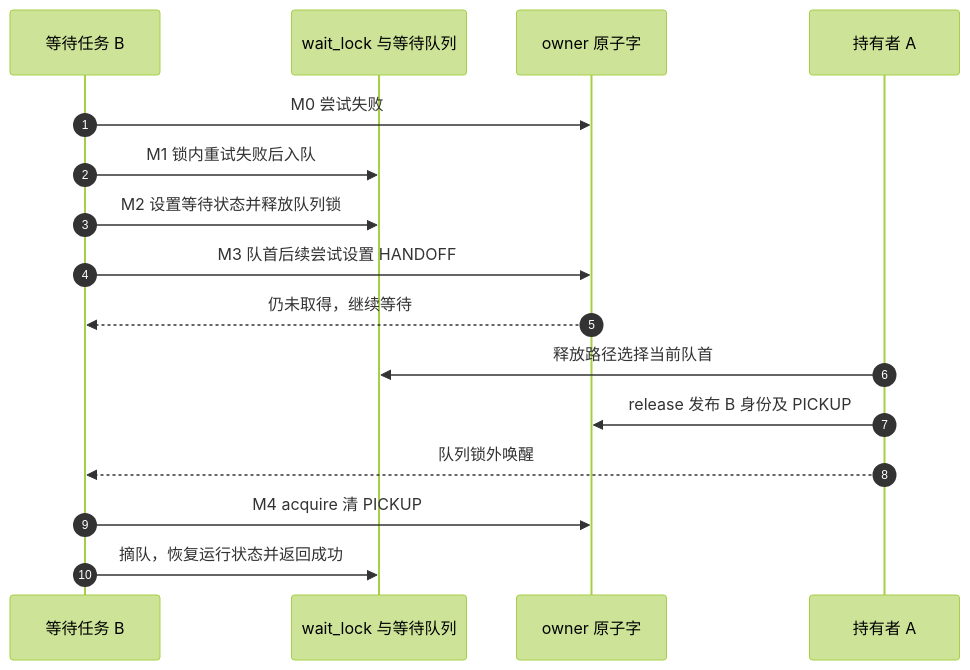
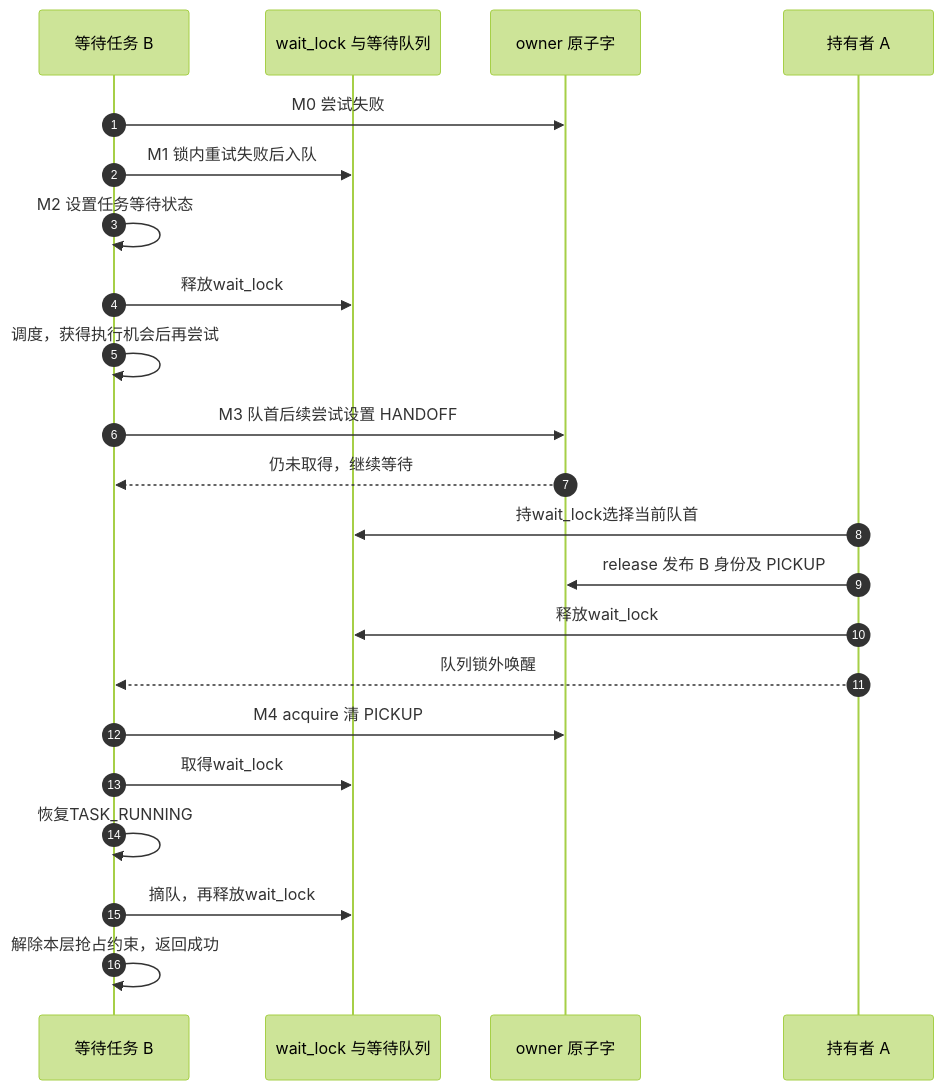
Before and after one commit to FormingSystem/linux_note: the second of 3 diagrams in research/source_reading/locking/navigation/P03_Linux_6.12_mutex与rwsem模块源码概念导读.md, drawn with Mermaid (forest theme). The commit also changed other lines of this file and 1 other file, not shown here.

````diff
--- a/research/source_reading/locking/navigation/P03_Linux_6.12_mutex与rwsem模块源码概念导读.md
+++ b/research/source_reading/locking/navigation/P03_Linux_6.12_mutex与rwsem模块源码概念导读.md
@@ -71,18 +75,24 @@
 ```mermaid
 sequenceDiagram
     autonumber
     participant B as 等待任务 B
     participant L as wait_lock 与等待队列
     participant O as owner 原子字
     participant A as 持有者 A
     B->>O: M0 尝试失败
     B->>L: M1 锁内重试失败后入队
-    B->>L: M2 设置等待状态并释放队列锁
+    B->>B: M2 设置任务等待状态
+    B->>L: 释放wait_lock
+    B->>B: 调度，获得执行机会后再尝试
     B->>O: M3 队首后续尝试设置 HANDOFF
     O-->>B: 仍未取得，继续等待
-    A->>L: 释放路径选择当前队首
+    A->>L: 持wait_lock选择当前队首
     A->>O: release 发布 B 身份及 PICKUP
+    A->>L: 释放wait_lock
     A-->>B: 队列锁外唤醒
     B->>O: M4 acquire 清 PICKUP
-    B->>L: 摘队，恢复运行状态并返回成功
+    B->>L: 取得wait_lock
+    B->>B: 恢复TASK_RUNNING
+    B->>L: 摘队，再释放wait_lock
+    B->>B: 解除本层抢占约束，返回成功
 ```
````
